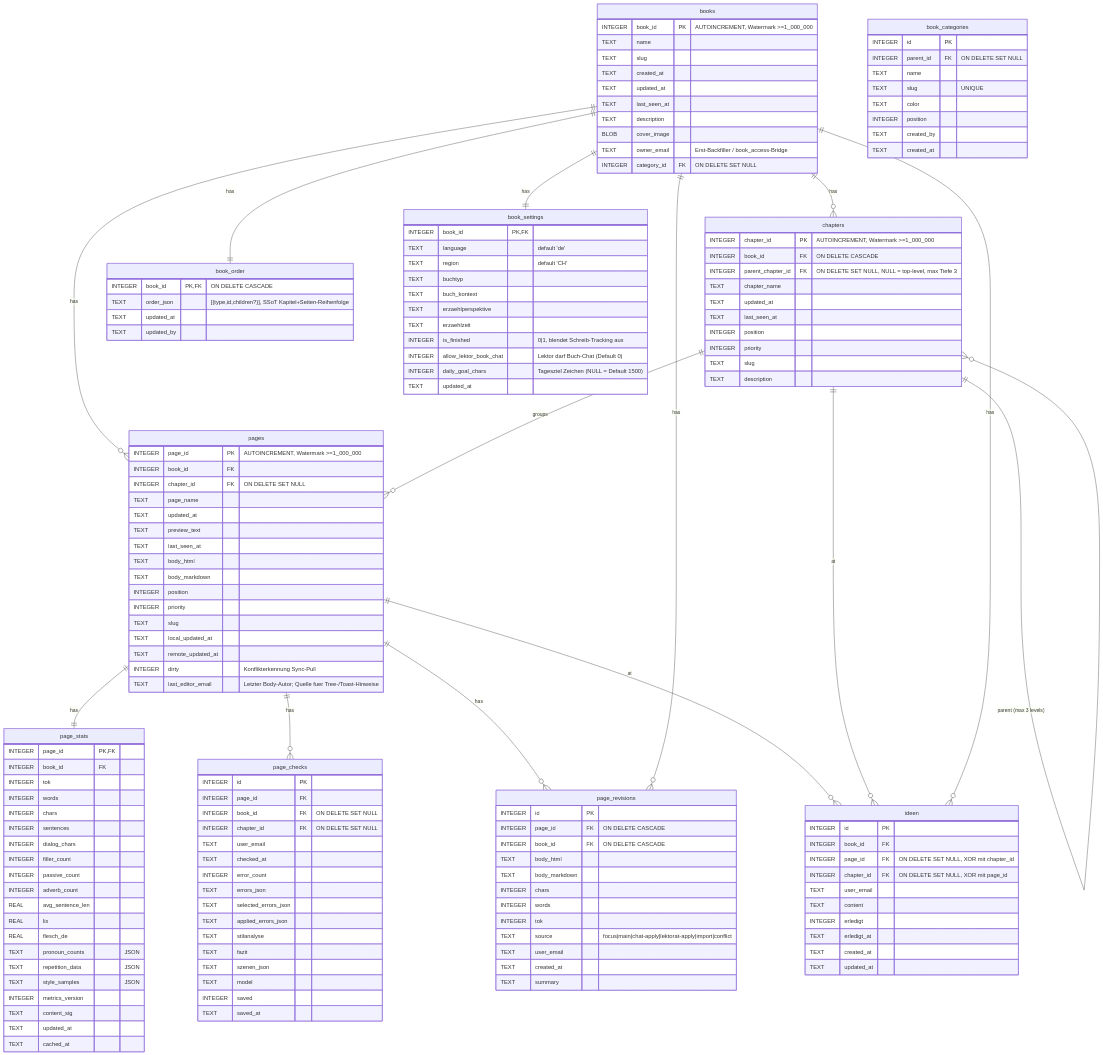
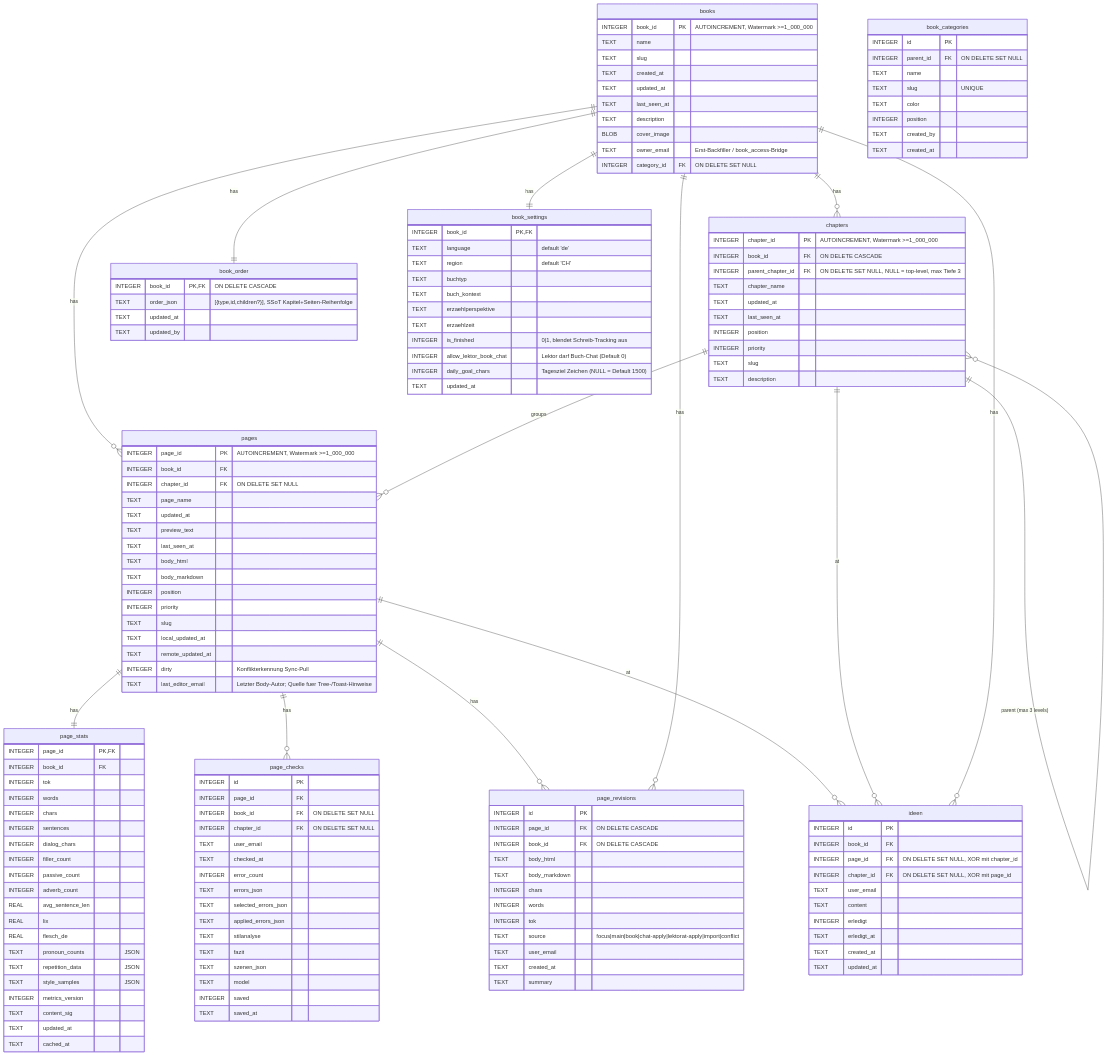
Before and after one commit to bedeberger/schreibwerkstatt: the second of 6 diagrams in docs/erd.md, drawn with Mermaid. The commit also changed other lines of this file and 8 other files, not shown here.

```diff
--- a/docs/erd.md
+++ b/docs/erd.md
@@ -226,7 +226,7 @@
     INTEGER chars
     INTEGER words
     INTEGER tok
-    TEXT    source        "focus|main|chat-apply|lektorat-apply|import|conflict"
+    TEXT    source        "focus|main|book|chat-apply|lektorat-apply|import|conflict"
     TEXT    user_email
     TEXT    created_at
     TEXT    summary
```
